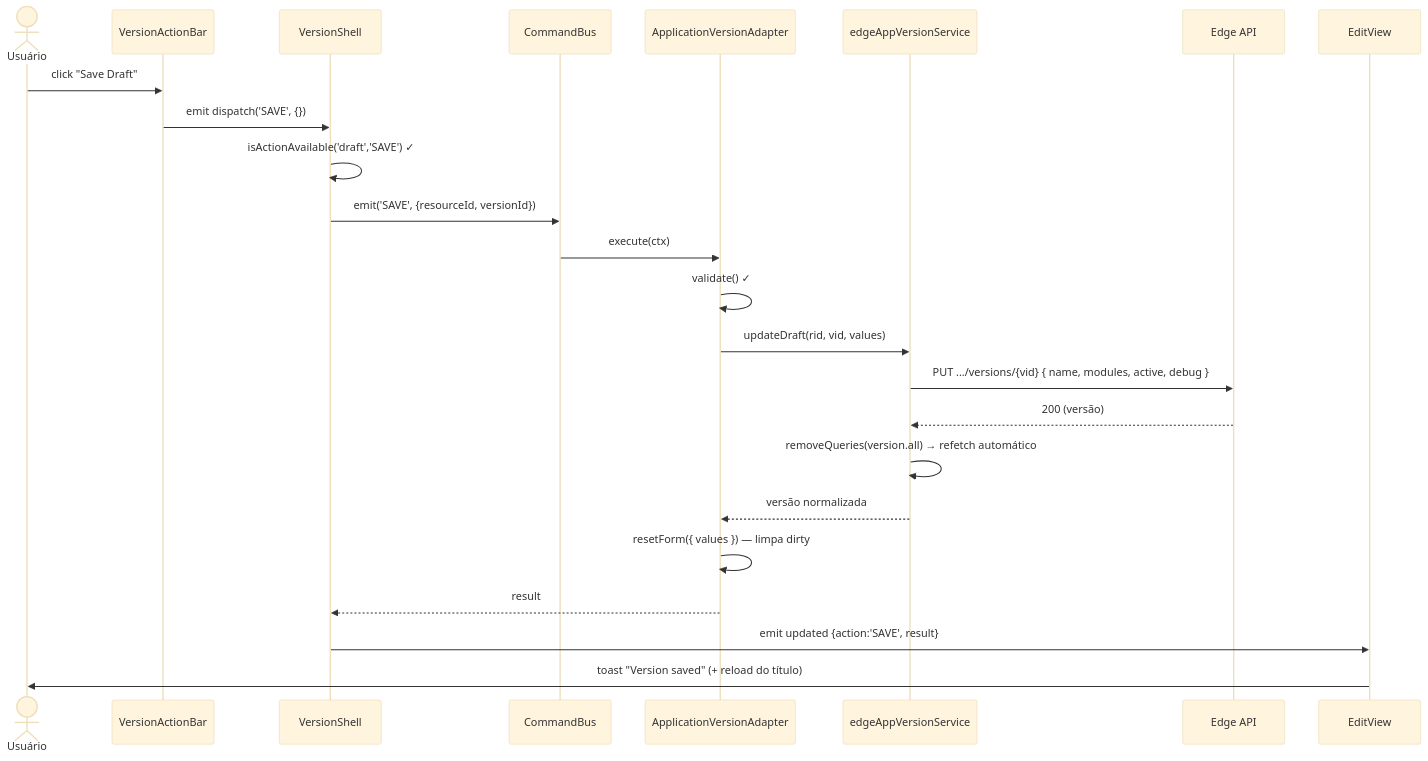
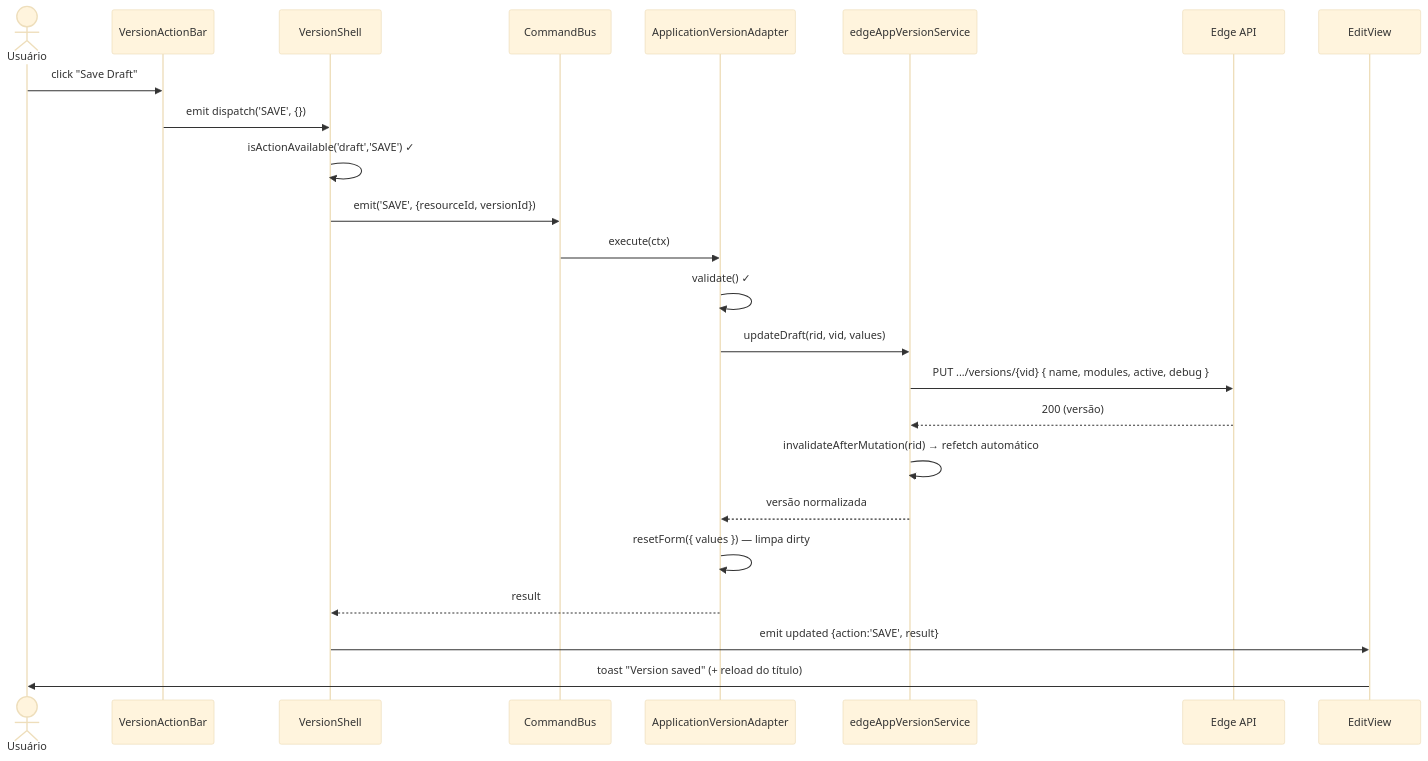
Before and after one commit to aziontech/azion-console-kit: the fourth of 7 diagrams in docs/VERSION-SHELL.md, drawn with Mermaid (base theme). The commit also changed other lines of this file and 1 other file, not shown here.

Commit message:
docs: update VERSION-SHELL guide and add shell-untouched gate script

````diff
--- a/docs/VERSION-SHELL.md
+++ b/docs/VERSION-SHELL.md
@@ -293,27 +310,27 @@
 ```mermaid
 sequenceDiagram
   actor U as Usuário
   participant AB as VersionActionBar
   participant SH as VersionShell
   participant BUS as CommandBus
   participant AD as ApplicationVersionAdapter
   participant SV as edgeAppVersionService
   participant API as Edge API
   participant EV as EditView
 
   U->>AB: click "Save Draft"
   AB->>SH: emit dispatch('SAVE', {})
   SH->>SH: isActionAvailable('draft','SAVE') ✓
   SH->>BUS: emit('SAVE', {resourceId, versionId})
   BUS->>AD: execute(ctx)
   AD->>AD: validate() ✓
   AD->>SV: updateDraft(rid, vid, values)
   SV->>API: PUT .../versions/{vid} { name, modules, active, debug }
   API-->>SV: 200 (versão)
-  SV->>SV: removeQueries(version.all) → refetch automático
+  SV->>SV: invalidateAfterMutation(rid) → refetch automático
   SV-->>AD: versão normalizada
   AD->>AD: resetForm({ values }) — limpa dirty
   AD-->>SH: result
   SH->>EV: emit updated {action:'SAVE', result}
   EV->>U: toast "Version saved" (+ reload do título)
 ```
````
